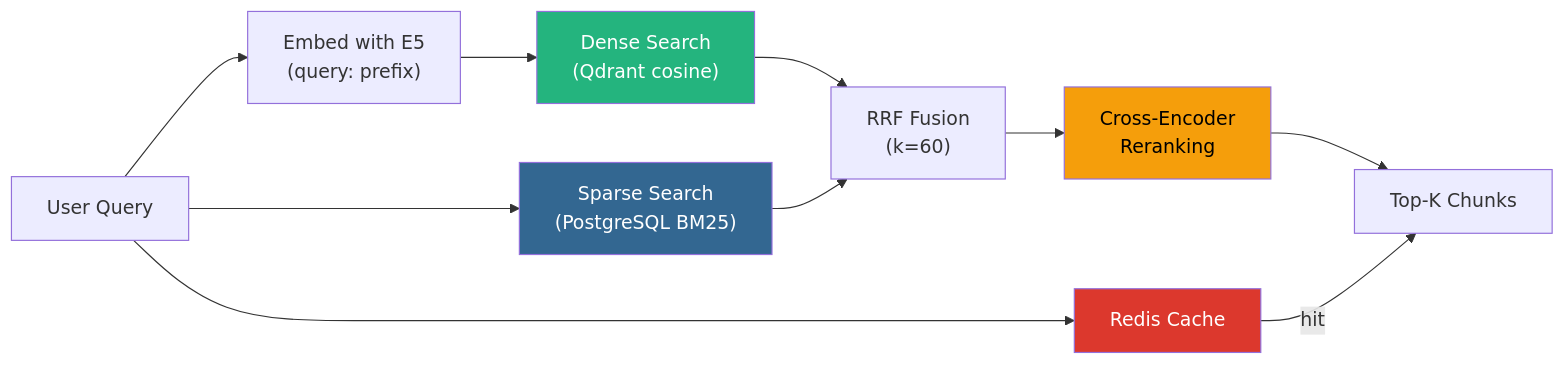
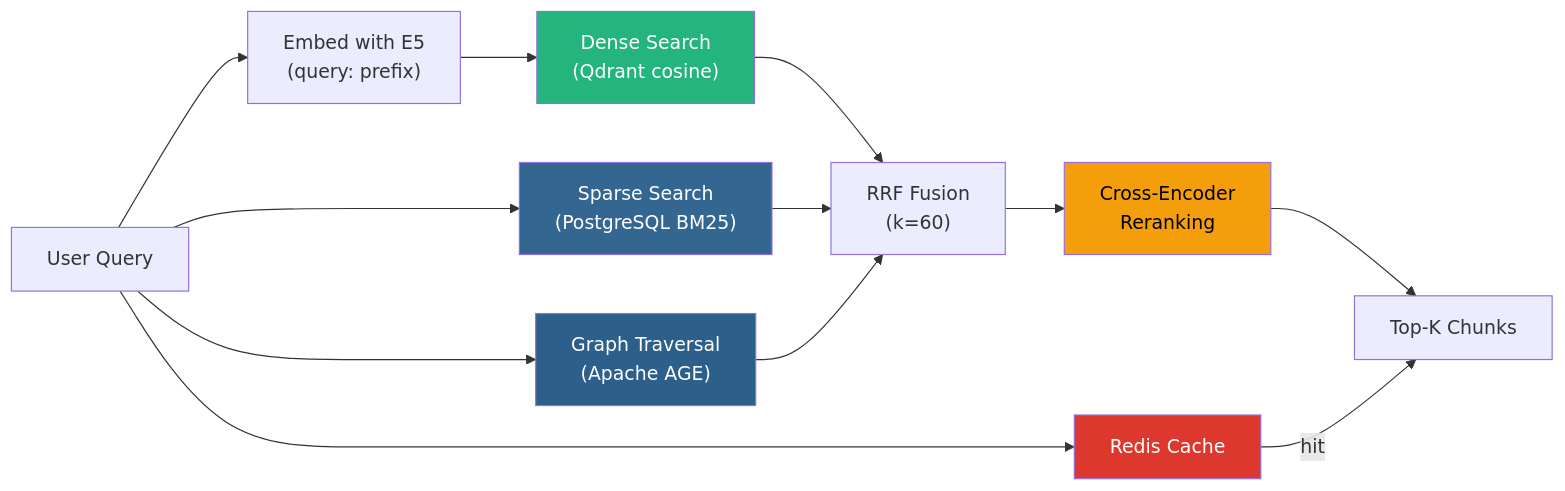
One commit to Kyrollo/Chatbot-Fixed-Solutions-Rag-System changed the seventh of 10 diagrams in README.md. Above: the diagram before and after it, drawn with Mermaid. The commit also changed other lines of this file and 89 other files, not shown here.

````diff
--- a/README.md
+++ b/README.md
@@ -673,24 +663,28 @@
 ```mermaid
 flowchart LR
     Q["User Query"]
     E["Embed with E5\n(query: prefix)"]
     D["Dense Search\n(Qdrant cosine)"]
     S["Sparse Search\n(PostgreSQL BM25)"]
+    G["Graph Traversal\n(Apache AGE)"]
     F["RRF Fusion\n(k=60)"]
     R["Cross-Encoder\nReranking"]
     C["Redis Cache"]
     O["Top-K Chunks"]
 
     Q --> E --> D
     Q --> S
+    Q --> G
     D --> F
     S --> F
+    G --> F
     F --> R --> O
     Q --> C
     C -->|hit| O
 
     style D fill:#24b47e,color:#fff
     style S fill:#336791,color:#fff
+    style G fill:#2c5f8a,color:#fff
     style R fill:#f59e0b,color:#000
     style C fill:#dc382d,color:#fff
 ```
````
